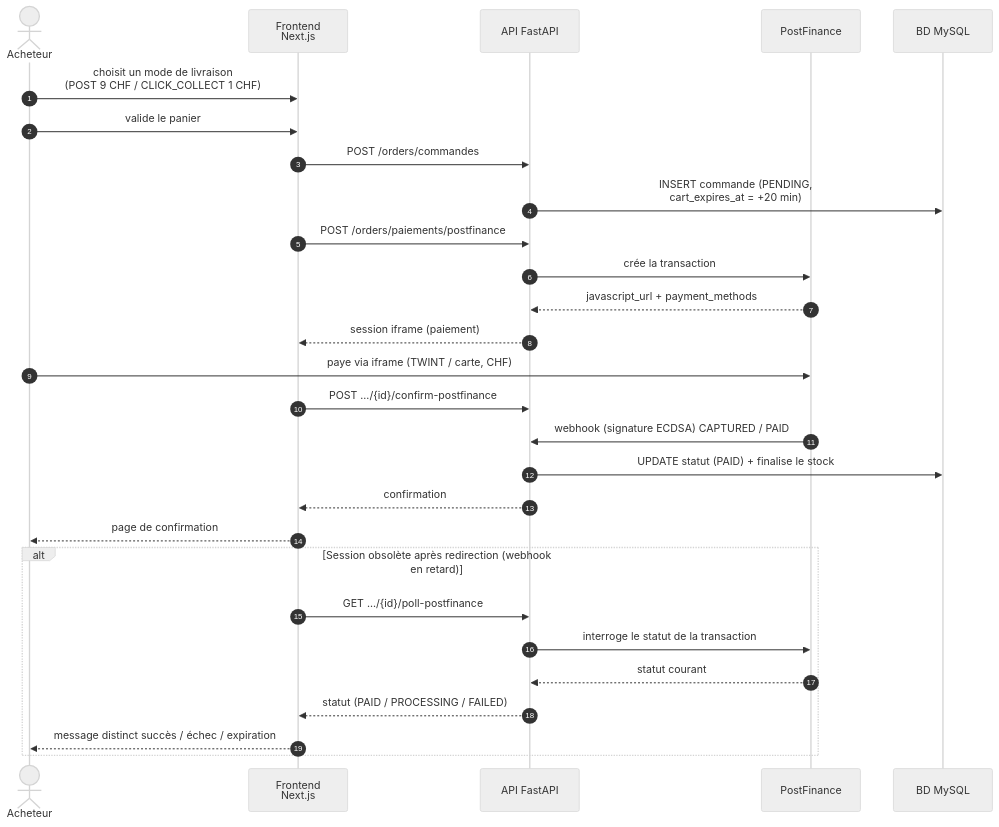
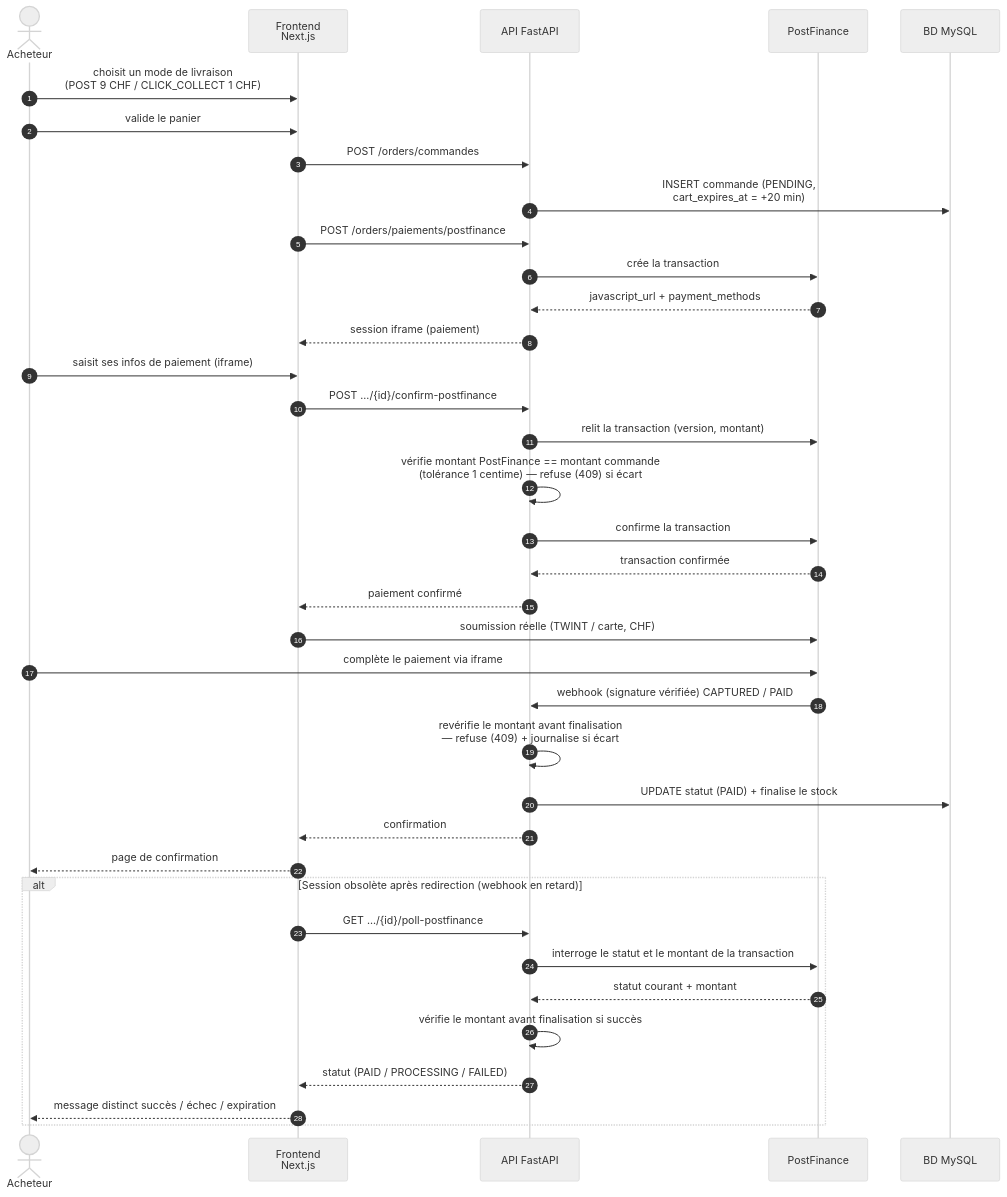
Before and after one commit to Visualstudiocodetest/caribooks: the diagram in diagrams/sequence_paiement.mmd, drawn with Mermaid (neutral theme). The commit also changed 6 other files, not shown here.

First line of the commit message:
Bring the sequence diagrams (and matching Annex C excerpts) up to date

```diff
--- a/diagrams/sequence_paiement.mmd
+++ b/diagrams/sequence_paiement.mmd
@@ -1,31 +1,42 @@
 %% Diagramme de séquence — Tunnel de paiement PostFinance
 sequenceDiagram
     autonumber
     actor Ach as Acheteur
     participant Fro as Frontend<br/>Next.js
     participant API as API FastAPI
     participant PF as PostFinance
     participant BD as BD MySQL
 
     Ach->>Fro: choisit un mode de livraison<br/>(POST 9 CHF / CLICK_COLLECT 1 CHF)
     Ach->>Fro: valide le panier
     Fro->>API: POST /orders/commandes
     API->>BD: INSERT commande (PENDING,<br/>cart_expires_at = +20 min)
     Fro->>API: POST /orders/paiements/postfinance
     API->>PF: crée la transaction
     PF-->>API: javascript_url + payment_methods
     API-->>Fro: session iframe (paiement)
-    Ach->>PF: paye via iframe (TWINT / carte, CHF)
+    Ach->>Fro: saisit ses infos de paiement (iframe)
+
     Fro->>API: POST .../{id}/confirm-postfinance
-    PF->>API: webhook (signature ECDSA) CAPTURED / PAID
+    API->>PF: relit la transaction (version, montant)
+    API->>API: vérifie montant PostFinance == montant commande<br/>(tolérance 1 centime) — refuse (409) si écart
+    API->>PF: confirme la transaction
+    PF-->>API: transaction confirmée
+    API-->>Fro: paiement confirmé
+
+    Fro->>PF: soumission réelle (TWINT / carte, CHF)
+    Ach->>PF: complète le paiement via iframe
+    PF->>API: webhook (signature vérifiée) CAPTURED / PAID
+    API->>API: revérifie le montant avant finalisation<br/>— refuse (409) + journalise si écart
     API->>BD: UPDATE statut (PAID) + finalise le stock
     API-->>Fro: confirmation
     Fro-->>Ach: page de confirmation
 
     alt Session obsolète après redirection (webhook en retard)
         Fro->>API: GET .../{id}/poll-postfinance
-        API->>PF: interroge le statut de la transaction
-        PF-->>API: statut courant
+        API->>PF: interroge le statut et le montant de la transaction
+        PF-->>API: statut courant + montant
+        API->>API: vérifie le montant avant finalisation si succès
         API-->>Fro: statut (PAID / PROCESSING / FAILED)
         Fro-->>Ach: message distinct succès / échec / expiration
     end
```
